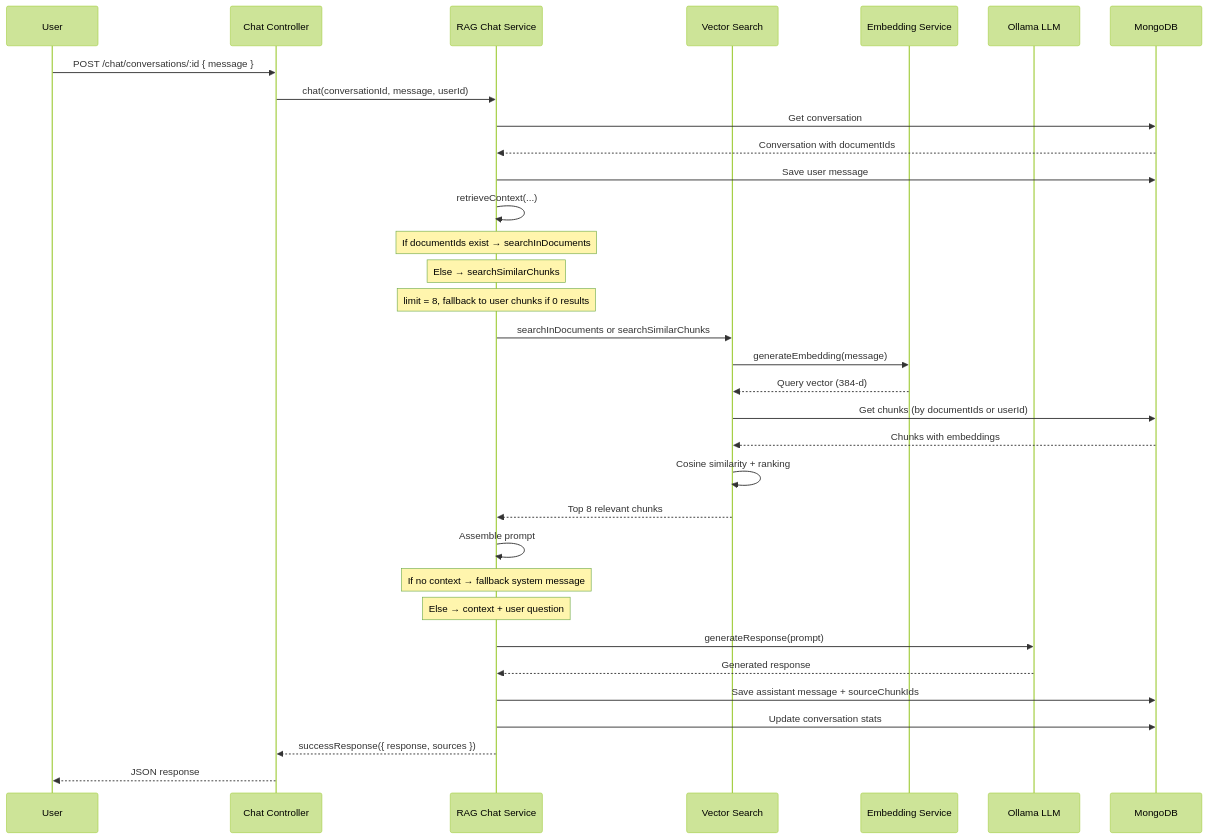
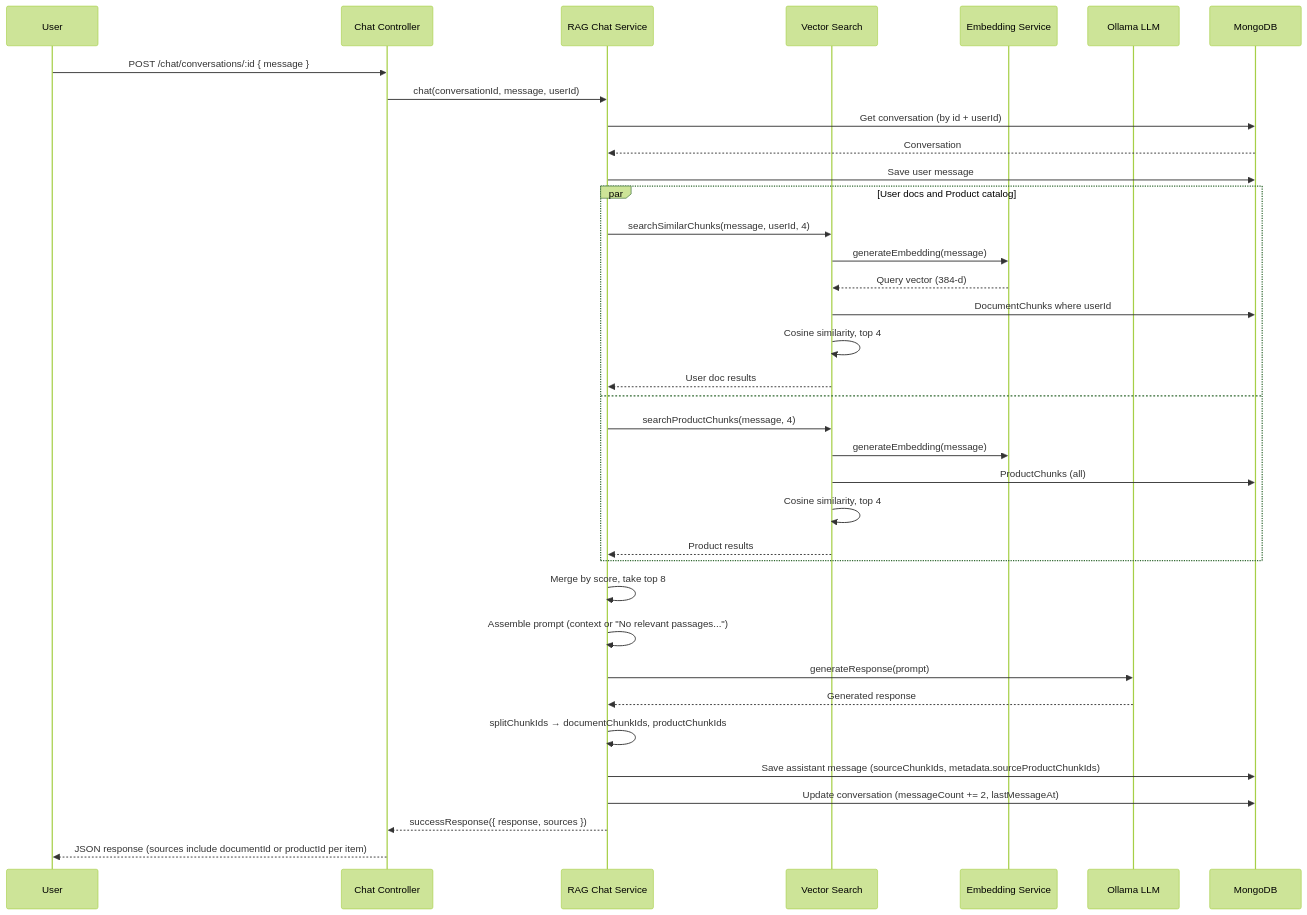
Before and after one commit to shahadathhs/rag: the fifth of 6 diagrams in docs/RAG_FLOW.md, drawn with Mermaid (forest theme). The commit also changed other lines of this file and 2 other files, not shown here.

````diff
--- a/docs/RAG_FLOW.md
+++ b/docs/RAG_FLOW.md
@@ -148,44 +255,45 @@
 ```mermaid
 sequenceDiagram
     participant User
     participant API as Chat Controller
     participant RC as RAG Chat Service
     participant VS as Vector Search
     participant ES as Embedding Service
     participant Ollama as Ollama LLM
     participant DB as MongoDB
 
     User->>API: POST /chat/conversations/:id { message }
     API->>RC: chat(conversationId, message, userId)
 
-    RC->>DB: Get conversation
-    DB-->>RC: Conversation with documentIds
+    RC->>DB: Get conversation (by id + userId)
+    DB-->>RC: Conversation
 
     RC->>DB: Save user message
 
-    RC->>RC: retrieveContext(...)
-    Note over RC: If documentIds exist → searchInDocuments
-    Note over RC: Else → searchSimilarChunks
-    Note over RC: limit = 8, fallback to user chunks if 0 results
+    par User docs and Product catalog
+        RC->>VS: searchSimilarChunks(message, userId, 4)
+        VS->>ES: generateEmbedding(message)
+        ES-->>VS: Query vector (384-d)
+        VS->>DB: DocumentChunks where userId
+        VS->>VS: Cosine similarity, top 4
+        VS-->>RC: User doc results
+    and
+        RC->>VS: searchProductChunks(message, 4)
+        VS->>ES: generateEmbedding(message)
+        VS->>DB: ProductChunks (all)
+        VS->>VS: Cosine similarity, top 4
+        VS-->>RC: Product results
+    end
 
-    RC->>VS: searchInDocuments or searchSimilarChunks
-    VS->>ES: generateEmbedding(message)
-    ES-->>VS: Query vector (384-d)
-    VS->>DB: Get chunks (by documentIds or userId)
-    DB-->>VS: Chunks with embeddings
-    VS->>VS: Cosine similarity + ranking
-    VS-->>RC: Top 8 relevant chunks
-
-    RC->>RC: Assemble prompt
-    Note over RC: If no context → fallback system message
-    Note over RC: Else → context + user question
-
+    RC->>RC: Merge by score, take top 8
+    RC->>RC: Assemble prompt (context or "No relevant passages...")
     RC->>Ollama: generateResponse(prompt)
     Ollama-->>RC: Generated response
 
-    RC->>DB: Save assistant message + sourceChunkIds
-    RC->>DB: Update conversation stats
+    RC->>RC: splitChunkIds → documentChunkIds, productChunkIds
+    RC->>DB: Save assistant message (sourceChunkIds, metadata.sourceProductChunkIds)
+    RC->>DB: Update conversation (messageCount += 2, lastMessageAt)
 
     RC-->>API: successResponse({ response, sources })
-    API-->>User: JSON response
+    API-->>User: JSON response (sources include documentId or productId per item)
 ```
````
